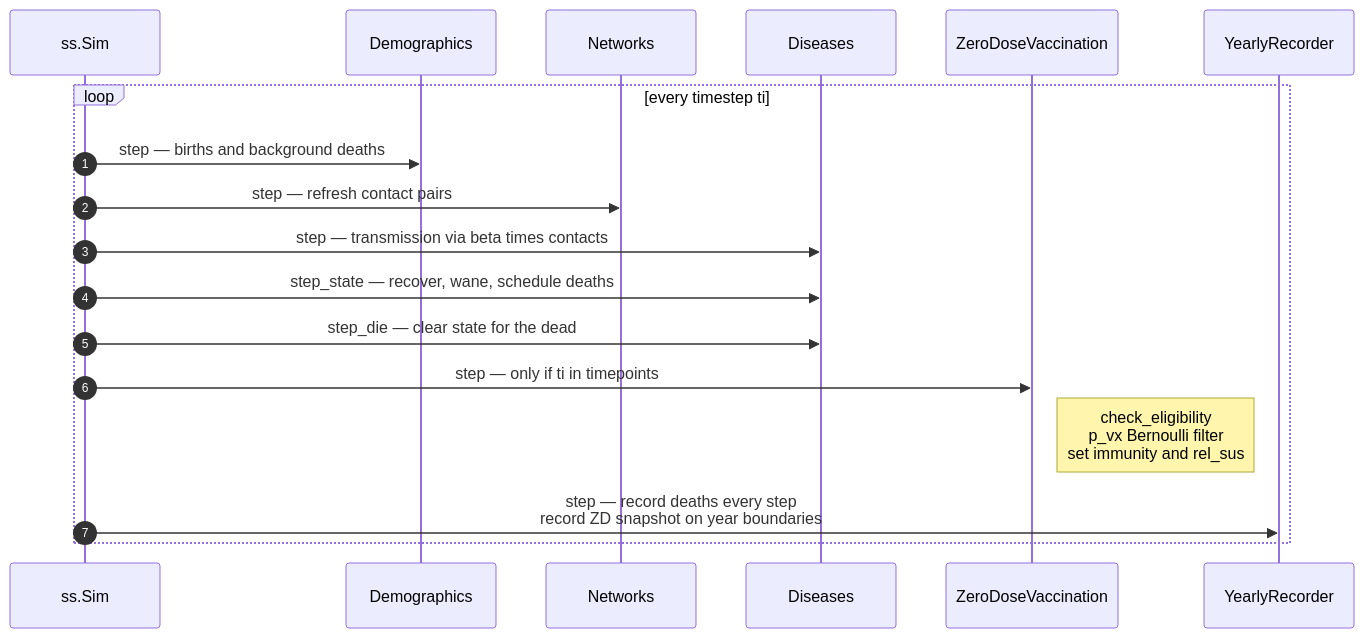
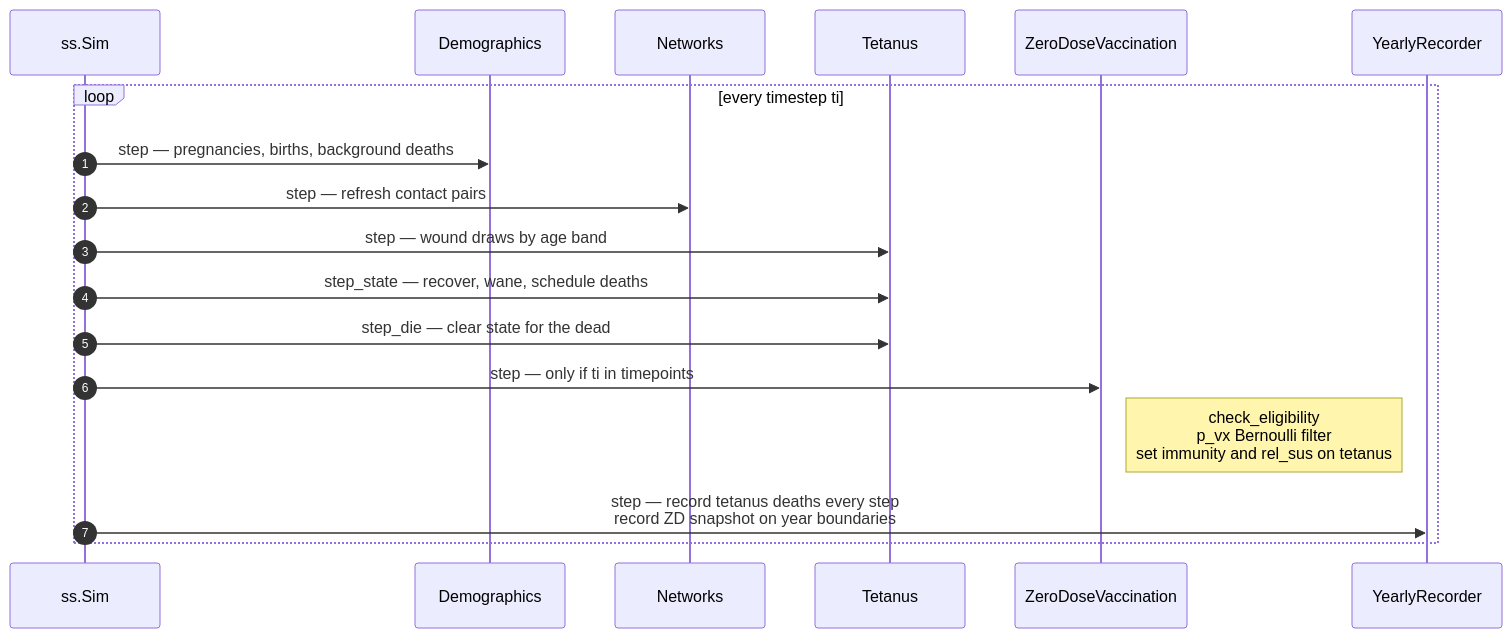
One commit to starsimhub/zdsim changed the seventh of 12 diagrams in docs/ARCHITECTURE.md. Above: the diagram before and after it, drawn with Mermaid. The commit also changed other lines of this file, not shown here.

````diff
--- a/docs/ARCHITECTURE.md
+++ b/docs/ARCHITECTURE.md
@@ -271,21 +262,21 @@
 ```mermaid
 sequenceDiagram
     autonumber
     participant Sim as ss.Sim
     participant Dem as Demographics
     participant Net as Networks
-    participant Dis as Diseases
+    participant Dis as Tetanus
     participant Inv as ZeroDoseVaccination
     participant Ana as YearlyRecorder
 
     loop every timestep ti
-        Sim->>Dem: step — births and background deaths
+        Sim->>Dem: step — pregnancies, births, background deaths
         Sim->>Net: step — refresh contact pairs
-        Sim->>Dis: step — transmission via beta times contacts
+        Sim->>Dis: step — wound draws by age band
         Sim->>Dis: step_state — recover, wane, schedule deaths
         Sim->>Dis: step_die — clear state for the dead
         Sim->>Inv: step — only if ti in timepoints
-        Note right of Inv: check_eligibility<br/>p_vx Bernoulli filter<br/>set immunity and rel_sus
-        Sim->>Ana: step — record deaths every step<br/>record ZD snapshot on year boundaries
+        Note right of Inv: check_eligibility<br/>p_vx Bernoulli filter<br/>set immunity and rel_sus on tetanus
+        Sim->>Ana: step — record tetanus deaths every step<br/>record ZD snapshot on year boundaries
     end
 ```
````
